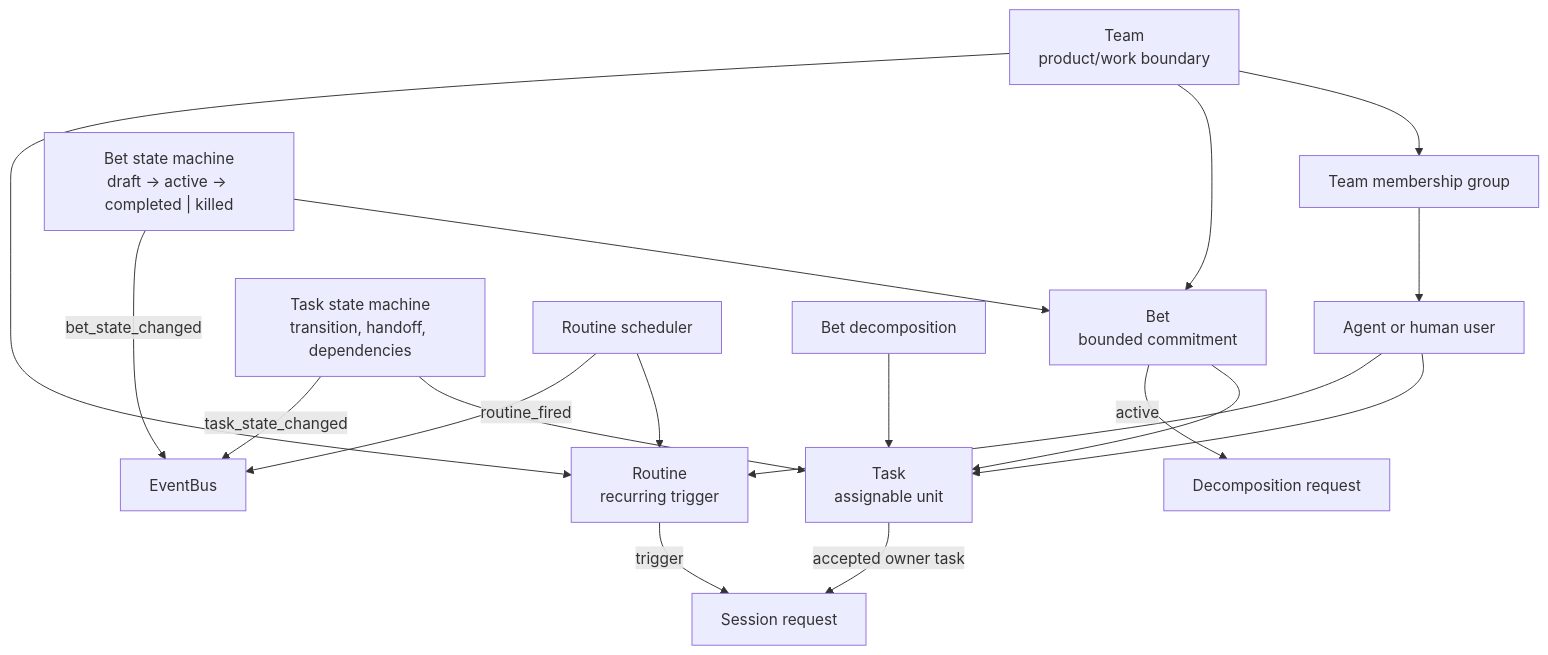
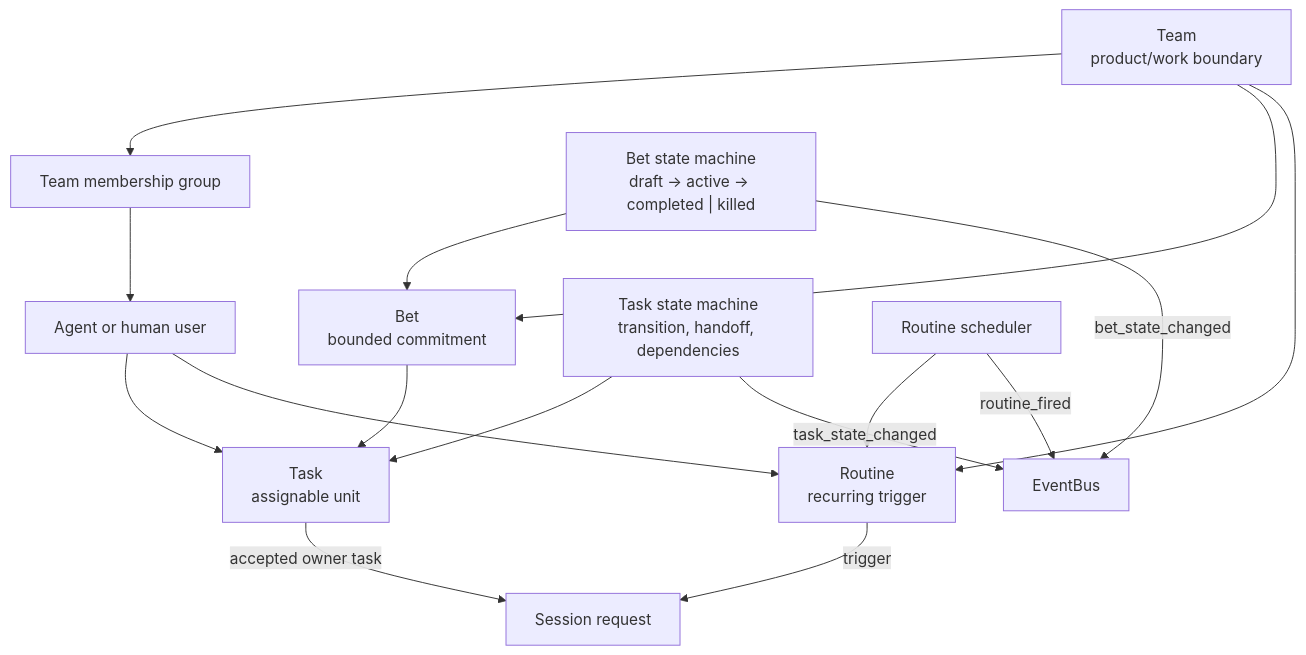
Before and after one commit to idle-builders/hyperidle: the fourth of 12 diagrams in docs/architecture/as-implemented-domain-architecture.md, drawn with Mermaid. The commit also changed other lines of this file and 3058 other files, not shown here.

````diff
--- a/docs/architecture/as-implemented-domain-architecture.md
+++ b/docs/architecture/as-implemented-domain-architecture.md
@@ -133,30 +132,28 @@
 ```mermaid
 flowchart TB
   Team["Team\nproduct/work boundary"]
   MemberGroup["Team membership group"]
   Agent["Agent or human user"]
   Bet["Bet\nbounded commitment"]
   Task["Task\nassignable unit"]
   Routine["Routine\nrecurring trigger"]
 
   Team --> MemberGroup
   MemberGroup --> Agent
   Team --> Bet
   Bet --> Task
   Team --> Routine
   Agent --> Task
   Agent --> Routine
 
   BetState["Bet state machine\ndraft → active → completed | killed"] --> Bet
   TaskState["Task state machine\ntransition, handoff, dependencies"] --> Task
   RoutineScheduler["Routine scheduler"] --> Routine
-  Decomposition["Bet decomposition"] --> Task
 
   BetState -- "bet_state_changed" --> Events["EventBus"]
   TaskState -- "task_state_changed" --> Events
   RoutineScheduler -- "routine_fired" --> Events
 
   Task -- "accepted owner task" --> SessionRequest["Session request"]
   Routine -- "trigger" --> SessionRequest
-  Bet -- "active" --> DecompositionRequest["Decomposition request"]
 ```
````
